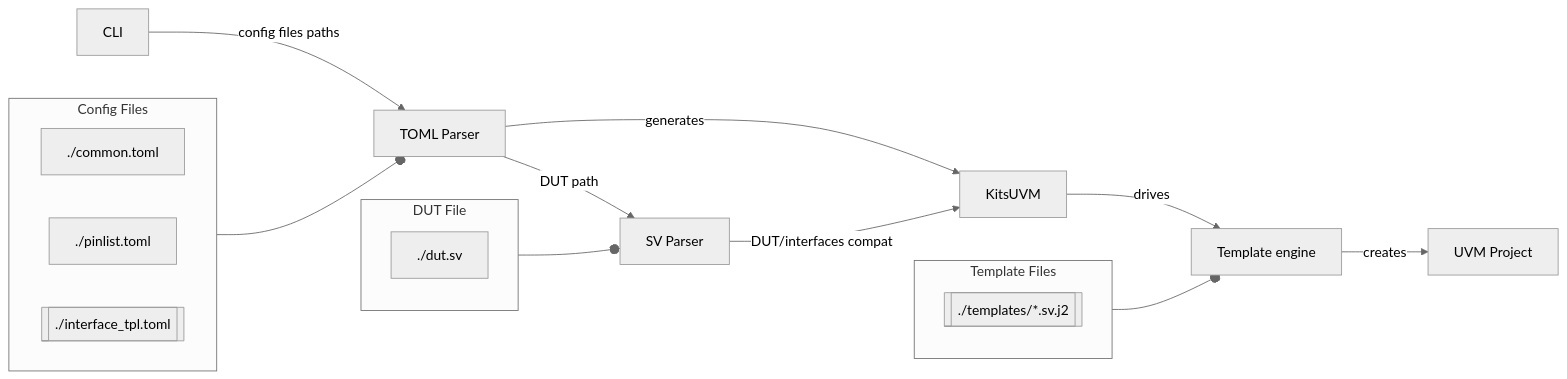
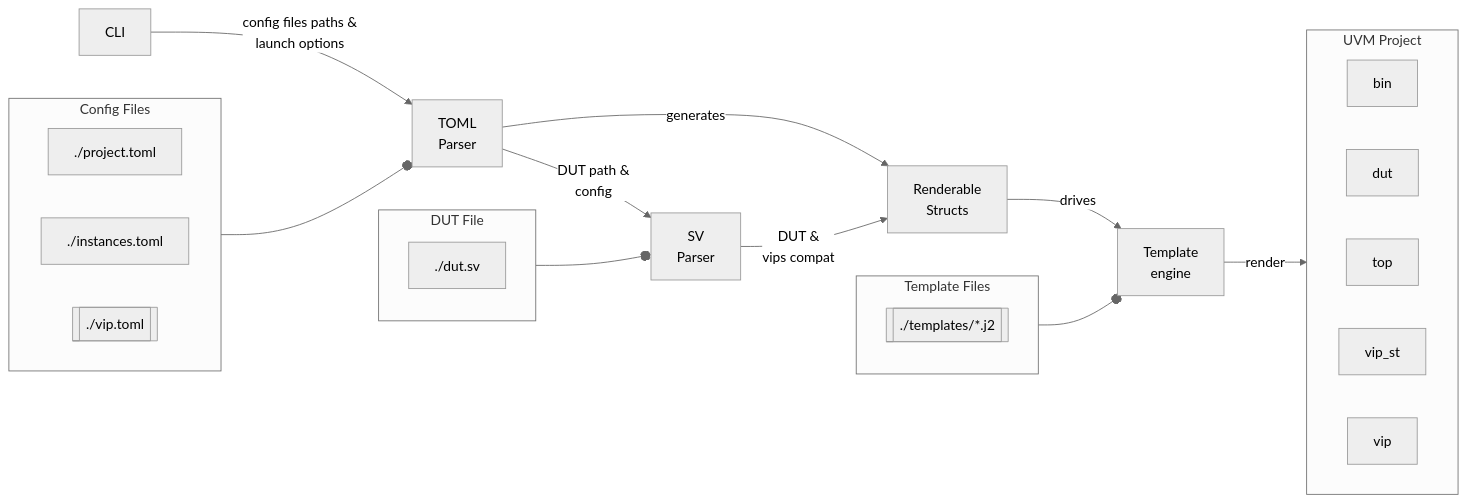
Before and after one commit to vmorillon/kitsuvm: the diagram in README.md, drawn with Mermaid (neutral theme). The commit also changed other lines of this file and 7 other files, not shown here.

````diff
--- a/README.md
+++ b/README.md
@@ -9,28 +77,36 @@
 ```mermaid
 flowchart LR
-  CLI[CLI] -->|config files paths| TomlParser[TOML Parser]
-  ConfigFiles --o TomlParser
+  CLI[CLI] -->|config files paths & \n launch options| TOMLParser[TOML \n Parser]
+  ConfigFiles --o TOMLParser
   subgraph ConfigFiles[Config Files]
     direction LR
-    Common[./common.toml]
-    PinList[./pinlist.toml]
-    ITemplate[[./interface_tpl.toml]]
+    ProjectCfg[./project.toml]
+    Instances[./instances.toml]
+    VIPs[[./vip.toml]]
   end
 
-  TomlParser -->|generates| UVM[KitsUVM]
-  TomlParser -->|DUT path| SVParser[SV Parser]
+  TOMLParser -->|generates| UVM[Renderable \n Structs]
+  TOMLParser -->|DUT path & \n config| SVParser[SV \n Parser]
 
   DUT --o SVParser
   subgraph DUT[DUT File]
     DUTFile[./dut.sv]
   end
-  SVParser -->|DUT/interfaces compat| UVM
+  SVParser -->|DUT & \n vips compat| UVM
 
-  UVM -->|drives| Tera[Template engine]
+  UVM -->|drives| Tera[Template \n engine]
   TemplateFiles --o Tera
   subgraph TemplateFiles[Template Files]
-    TemplateDir[[./templates/*.sv.j2]]
+    TemplateDir[[./templates/*.j2]]
   end
 
-  Tera -->|creates| Project[UVM Project]
+  Tera -->|render| Project
+  subgraph Project[UVM Project]
+    direction LR
+    binDir[bin]
+    DUTDir[dut]
+    topDir[top]
+    topSTDir[vip_st]
+    vipDir[vip]
+  end
 ```
````
